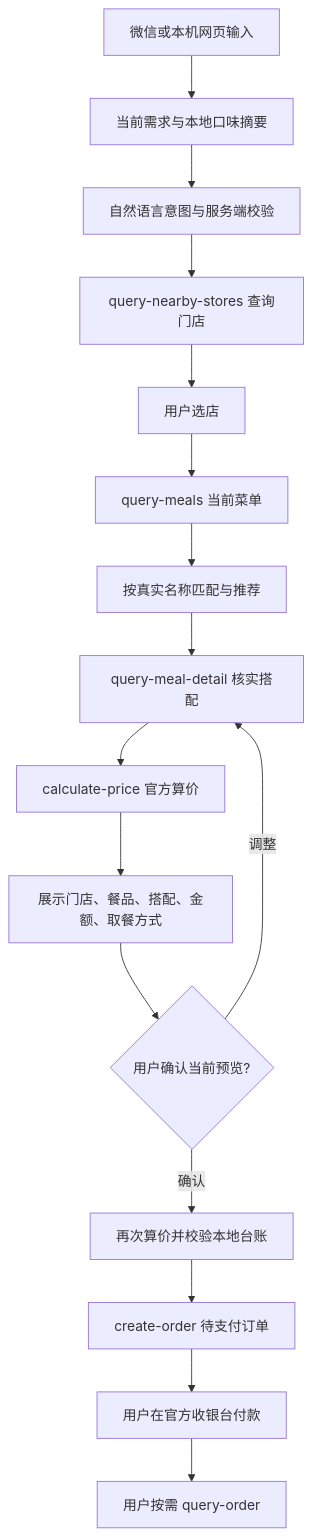
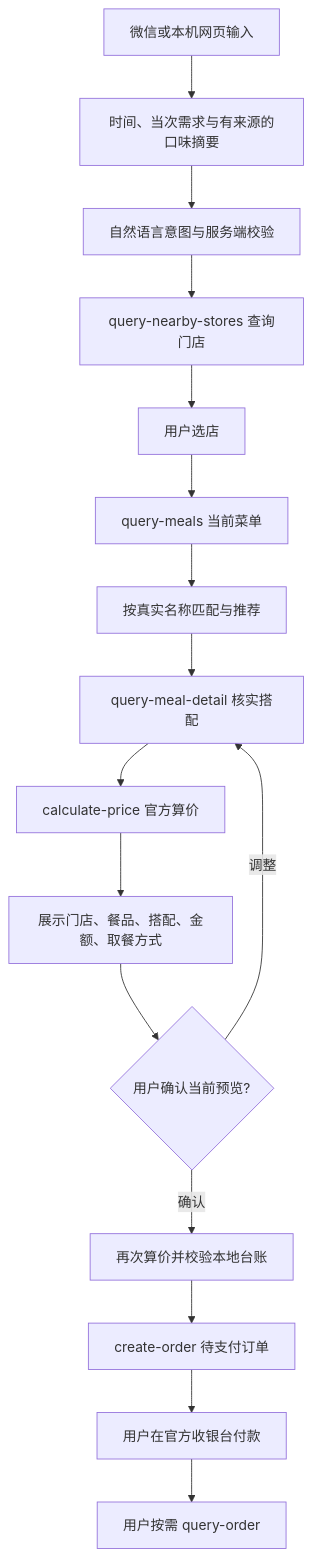
One commit to Garyisthebest/MaiMate changed the diagram in MCP_INTEGRATION.md. Above: the diagram before and after it, drawn with Mermaid. The commit also changed other lines of this file and 26 other files, not shown here.

````diff
--- a/MCP_INTEGRATION.md
+++ b/MCP_INTEGRATION.md
@@ -39,18 +40,18 @@
 ```mermaid
 flowchart TD
-    A[微信或本机网页输入] --> B[当前需求与本地口味摘要]
+    A[微信或本机网页输入] --> B[时间、当次需求与有来源的口味摘要]
     B --> C[自然语言意图与服务端校验]
     C --> D[query-nearby-stores 查询门店]
     D --> E[用户选店]
     E --> F[query-meals 当前菜单]
     F --> G[按真实名称匹配与推荐]
     G --> H[query-meal-detail 核实搭配]
     H --> I[calculate-price 官方算价]
     I --> J[展示门店、餐品、搭配、金额、取餐方式]
     J --> K{用户确认当前预览?}
     K -->|调整| H
     K -->|确认| L[再次算价并校验本地台账]
     L --> M[create-order 待支付订单]
     M --> N[用户在官方收银台付款]
     N --> O[用户按需 query-order]
 ```
````
